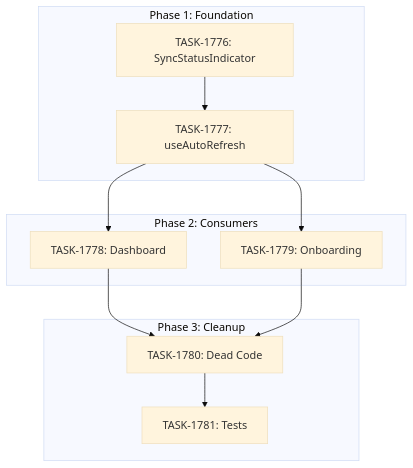
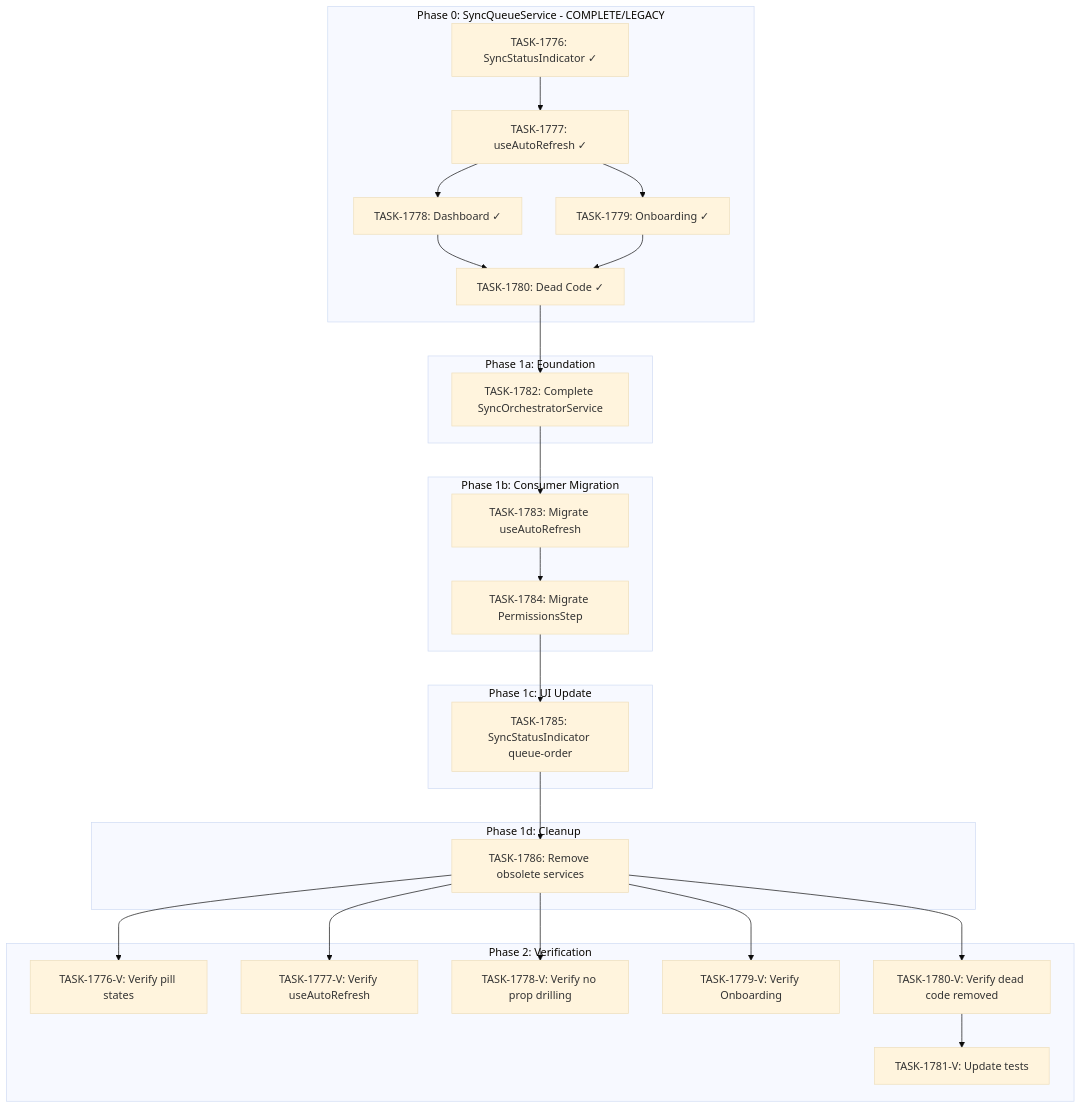
One commit to 5hdaniel/Mad changed the diagram in .claude/plans/sprints/SPRINT-068-unified-sync-state.md. Above: the diagram before and after it, drawn with Mermaid (base theme). The commit also changed other lines of this file and 8 other files, not shown here.

````diff
--- a/.claude/plans/sprints/SPRINT-068-unified-sync-state.md
+++ b/.claude/plans/sprints/SPRINT-068-unified-sync-state.md
@@ -99,24 +218,60 @@
 ```mermaid
 graph TD
-    subgraph Phase1[Phase 1: Foundation]
-        TASK1776[TASK-1776: SyncStatusIndicator]
-        TASK1777[TASK-1777: useAutoRefresh]
+    subgraph Phase0_COMPLETE[Phase 0: SyncQueueService - COMPLETE/LEGACY]
+        TASK1776[TASK-1776: SyncStatusIndicator ✓]
+        TASK1777[TASK-1777: useAutoRefresh ✓]
+        TASK1778[TASK-1778: Dashboard ✓]
+        TASK1779[TASK-1779: Onboarding ✓]
+        TASK1780[TASK-1780: Dead Code ✓]
     end
 
-    subgraph Phase2[Phase 2: Consumers]
-        TASK1778[TASK-1778: Dashboard]
-        TASK1779[TASK-1779: Onboarding]
+    subgraph Phase1a[Phase 1a: Foundation]
+        TASK1782[TASK-1782: Complete SyncOrchestratorService]
     end
 
-    subgraph Phase3[Phase 3: Cleanup]
-        TASK1780[TASK-1780: Dead Code]
-        TASK1781[TASK-1781: Tests]
+    subgraph Phase1b[Phase 1b: Consumer Migration]
+        TASK1783[TASK-1783: Migrate useAutoRefresh]
+        TASK1784[TASK-1784: Migrate PermissionsStep]
     end
 
+    subgraph Phase1c[Phase 1c: UI Update]
+        TASK1785[TASK-1785: SyncStatusIndicator queue-order]
+    end
+
+    subgraph Phase1d[Phase 1d: Cleanup]
+        TASK1786[TASK-1786: Remove obsolete services]
+    end
+
+    subgraph Phase2[Phase 2: Verification]
+        TASK1776V[TASK-1776-V: Verify pill states]
+        TASK1777V[TASK-1777-V: Verify useAutoRefresh]
+        TASK1778V[TASK-1778-V: Verify no prop drilling]
+        TASK1779V[TASK-1779-V: Verify Onboarding]
+        TASK1780V[TASK-1780-V: Verify dead code removed]
+        TASK1781V[TASK-1781-V: Update tests]
+    end
+
+    %% Phase 0 internal dependencies (complete)
     TASK1776 --> TASK1777
     TASK1777 --> TASK1778
     TASK1777 --> TASK1779
     TASK1778 --> TASK1780
     TASK1779 --> TASK1780
-    TASK1780 --> TASK1781
+
+    %% Phase 0 -> Phase 1 bridge
+    TASK1780 --> TASK1782
+
+    %% Phase 1 dependencies (SEQUENTIAL per SR recommendation)
+    TASK1782 --> TASK1783
+    TASK1783 --> TASK1784
+    TASK1784 --> TASK1785
+    TASK1785 --> TASK1786
+
+    %% Phase 1 -> Phase 2 bridge
+    TASK1786 --> TASK1776V
+    TASK1786 --> TASK1777V
+    TASK1786 --> TASK1778V
+    TASK1786 --> TASK1779V
+    TASK1786 --> TASK1780V
+    TASK1780V --> TASK1781V
 ```
````
